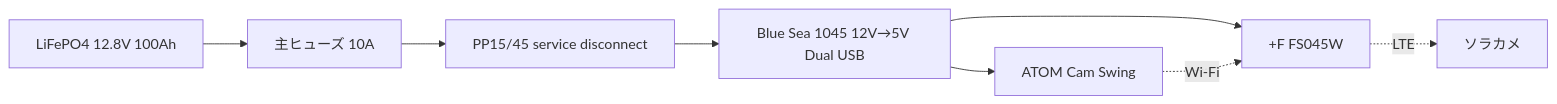
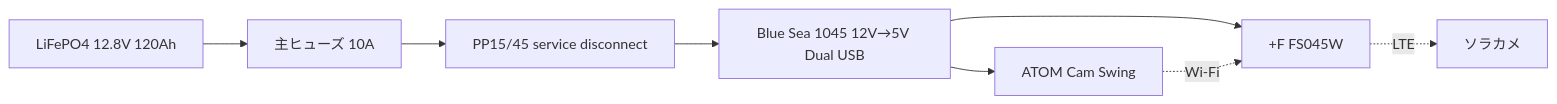
Before and after one commit to koizumikento/field-device-system: the diagram in devices/outdoor-cloud-camera/diagrams/power-and-wiring.md, drawn with Mermaid. The commit also changed other lines of this file and 7 other files, not shown here.

````diff
--- a/devices/outdoor-cloud-camera/diagrams/power-and-wiring.md
+++ b/devices/outdoor-cloud-camera/diagrams/power-and-wiring.md
@@ -50,10 +21,10 @@
 ```mermaid
 flowchart LR
-  B["LiFePO4 12.8V 100Ah"] --> F["主ヒューズ 10A"]
+  B["LiFePO4 12.8V 120Ah"] --> F["主ヒューズ 10A"]
   F --> P["PP15/45 service disconnect"]
   P --> U["Blue Sea 1045 12V→5V Dual USB"]
   U --> C["ATOM Cam Swing"]
   U --> R["+F FS045W"]
   C -. Wi-Fi .-> R
   R -. LTE .-> S["ソラカメ"]
 ```
````
